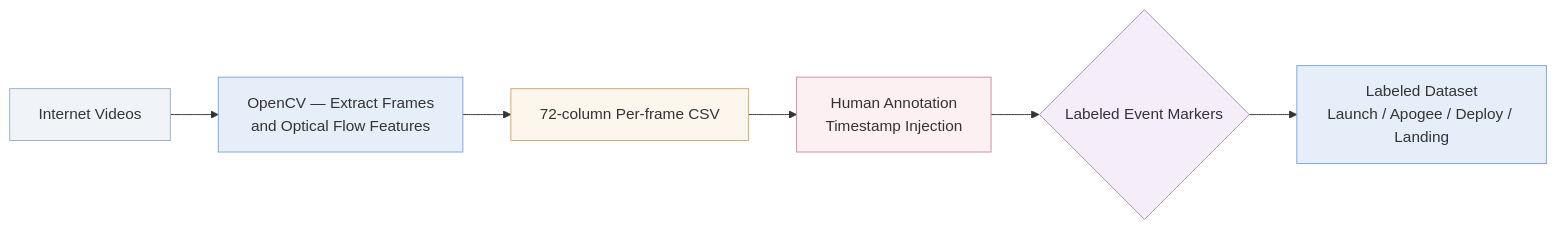
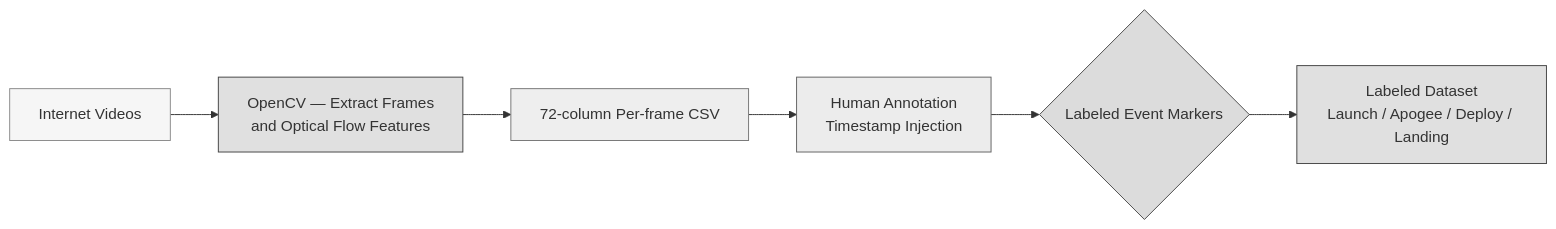
The second of 5 diagrams in README.md (7-wwh/AeroNotts), drawn with Mermaid before and after one commit. The commit also changed other lines of this file, not shown here.

Commit message:
docs: convert diagrams to black/white grayscale

````diff
--- a/README.md
+++ b/README.md
@@ -125,18 +85,18 @@
 ```mermaid
 flowchart LR
     A[Internet Videos]
     B[OpenCV — Extract Frames\nand Optical Flow Features]
     C[72-column Per-frame CSV]
     D[Human Annotation\nTimestamp Injection]
     E{Labeled Event Markers}
     F[Labeled Dataset\nLaunch / Apogee / Deploy / Landing]
 
     A --> B --> C --> D --> E --> F
 
-    style A fill:#f0f4f8,stroke:#9aafca
-    style B fill:#e6eef9,stroke:#7da7d9
-    style C fill:#fdf6ec,stroke:#d4a96a
-    style D fill:#fdf0f3,stroke:#c98fa0
-    style E fill:#f5eefa,stroke:#a98ec9
-    style F fill:#e6eef9,stroke:#7da7d9
+    style A fill:#f6f6f6,stroke:#8a8a8a
+    style B fill:#e0e0e0,stroke:#444444
+    style C fill:#eeeeee,stroke:#767676
+    style D fill:#ececec,stroke:#626262
+    style E fill:#dcdcdc,stroke:#4a4a4a
+    style F fill:#e0e0e0,stroke:#444444
 ```
````
